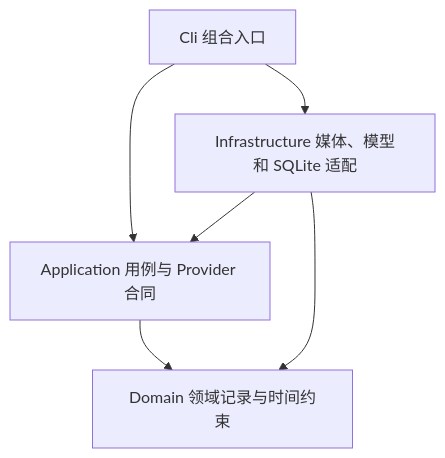
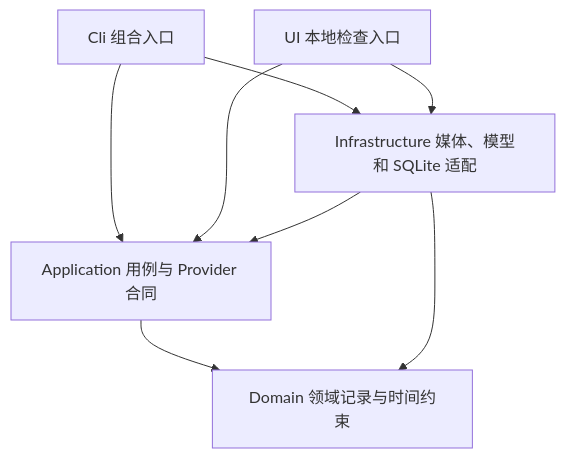
The diagram in docs/design-docs/architecture.md (happye/GameingCreatorAgent), drawn with Mermaid before and after one commit. The commit also changed other lines of this file and 20 other files, not shown here.

````diff
--- a/docs/design-docs/architecture.md
+++ b/docs/design-docs/architecture.md
@@ -7,8 +7,10 @@
 ```mermaid
 flowchart TD
     CLI[Cli 组合入口] --> APP[Application 用例与 Provider 合同]
     CLI --> INFRA[Infrastructure 媒体、模型和 SQLite 适配]
+    UI[UI 本地检查入口] --> APP
+    UI --> INFRA
     APP --> DOMAIN[Domain 领域记录与时间约束]
     INFRA --> APP
     INFRA --> DOMAIN
 ```
````
